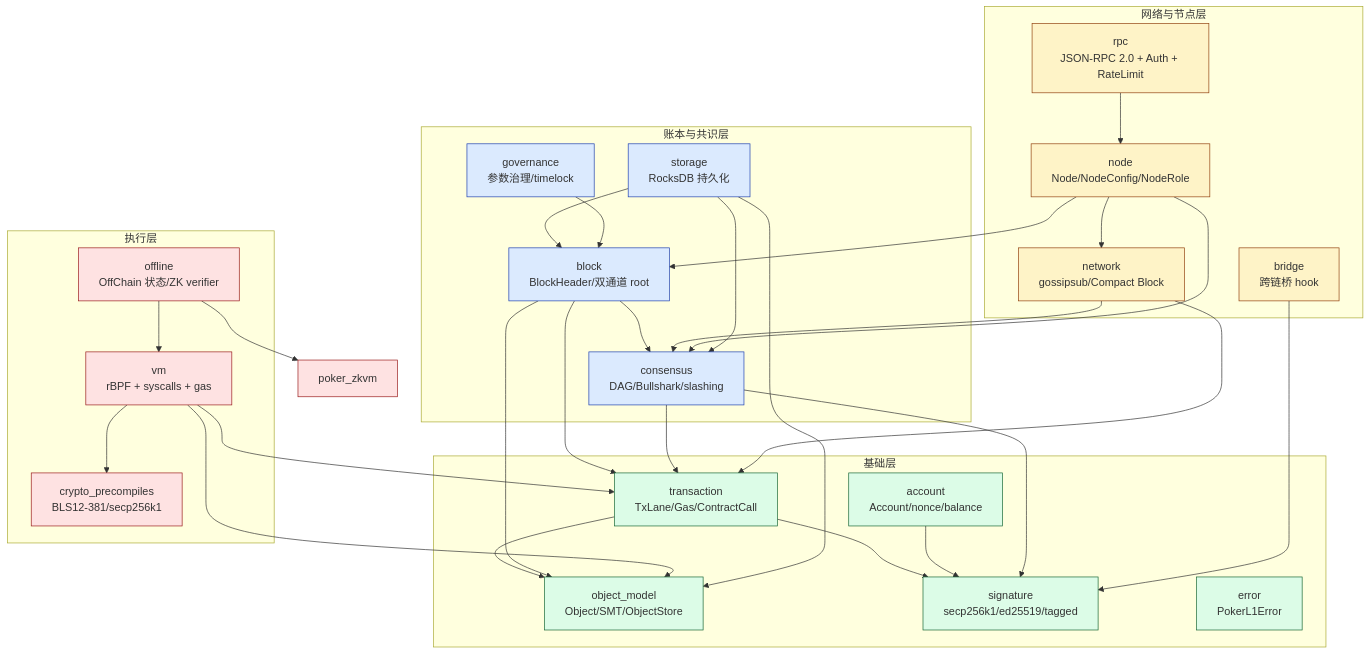
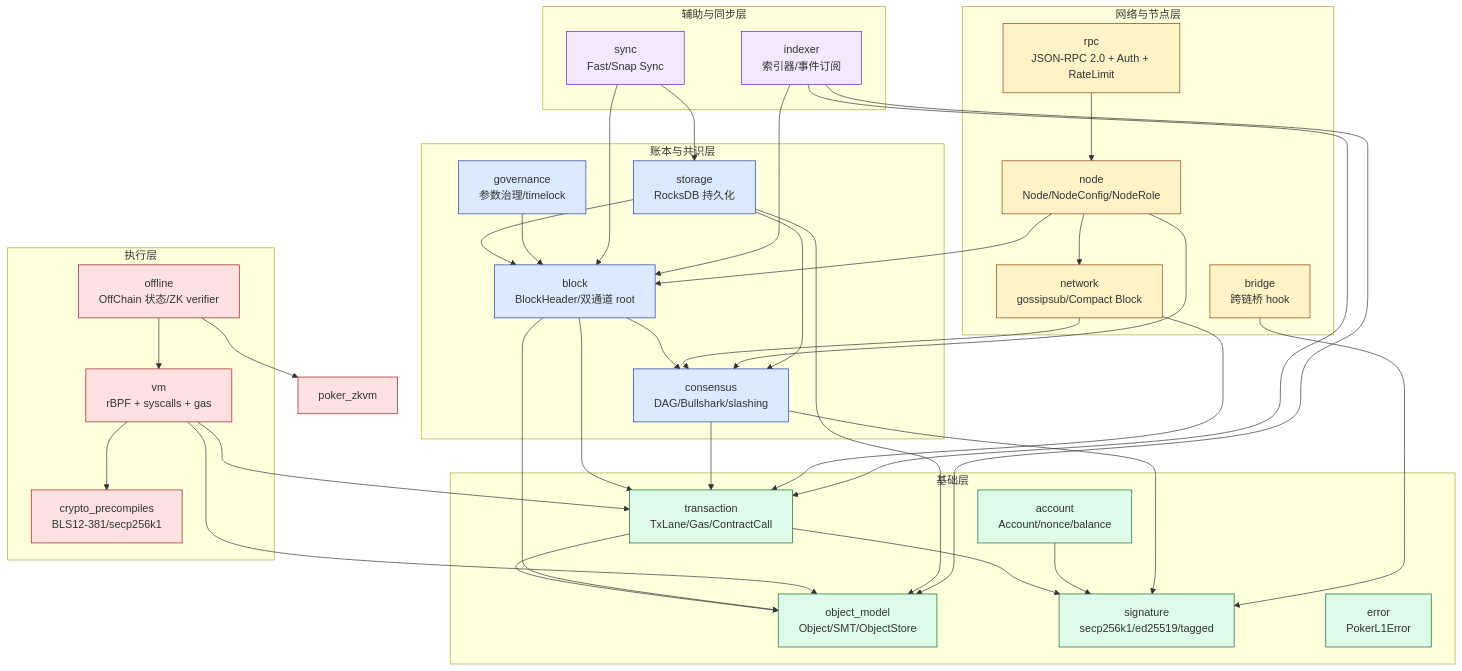
One commit to linqining/zchain changed the second of 7 diagrams in docs/00-architecture-overview.md. Above: the diagram before and after it, drawn with Mermaid. The commit also changed other lines of this file and 8 other files, not shown here.

````diff
--- a/docs/00-architecture-overview.md
+++ b/docs/00-architecture-overview.md
@@ -69,64 +69,76 @@
 ```mermaid
 graph TD
     subgraph Foundation["基础层"]
         OBJ[object_model<br/>Object/SMT/ObjectStore]
         SIG[signature<br/>secp256k1/ed25519/tagged]
         ACC[account<br/>Account/nonce/balance]
         TX[transaction<br/>TxLane/Gas/ContractCall]
         ERR[error<br/>PokerL1Error]
     end
 
     subgraph Ledger["账本与共识层"]
         BLK[block<br/>BlockHeader/双通道 root]
         CON[consensus<br/>DAG/Bullshark/slashing]
         STO[storage<br/>RocksDB 持久化]
         GOV[governance<br/>参数治理/timelock]
     end
 
     subgraph Exec["执行层"]
         VM[vm<br/>rBPF + syscalls + gas]
         CRYPTO[crypto_precompiles<br/>BLS12-381/secp256k1]
         OFF[offline<br/>OffChain 状态/ZK verifier]
     end
 
     subgraph Net["网络与节点层"]
         NET[network<br/>gossipsub/Compact Block]
         NODE[node<br/>Node/NodeConfig/NodeRole]
         RPC[rpc<br/>JSON-RPC 2.0 + Auth + RateLimit]
         BRIDGE[bridge<br/>跨链桥 hook]
     end
 
+    subgraph Aux["辅助与同步层"]
+        SYNC[sync<br/>Fast/Snap Sync]
+        IDX[indexer<br/>索引器/事件订阅]
+    end
+
     TX --> OBJ
     TX --> SIG
     ACC --> SIG
     BLK --> TX
     BLK --> CON
     BLK --> OBJ
     CON --> TX
     CON --> SIG
     VM --> OBJ
     VM --> TX
     VM --> CRYPTO
     OFF --> VM
     OFF --> ZKVM_EXT[poker_zkvm]
     NET --> CON
     NET --> TX
     NODE --> BLK
     NODE --> CON
     NODE --> NET
     RPC --> NODE
     BRIDGE --> SIG
     STO --> BLK
     STO --> OBJ
     STO --> CON
     GOV --> BLK
+    SYNC --> STO
+    SYNC --> BLK
+    IDX --> BLK
+    IDX --> TX
+    IDX --> OBJ
 
     classDef foundation fill:#dcfce7,stroke:#166534
     classDef ledger fill:#dbeafe,stroke:#1e40af
     classDef exec fill:#fee2e2,stroke:#991b1b
     classDef net fill:#fef3c7,stroke:#92400e
+    classDef aux fill:#f3e8ff,stroke:#6b21a8
     class OBJ,SIG,ACC,TX,ERR foundation
     class BLK,CON,STO,GOV ledger
     class VM,CRYPTO,OFF,ZKVM_EXT exec
     class NET,NODE,RPC,BRIDGE net
+    class SYNC,IDX aux
 ```
````
